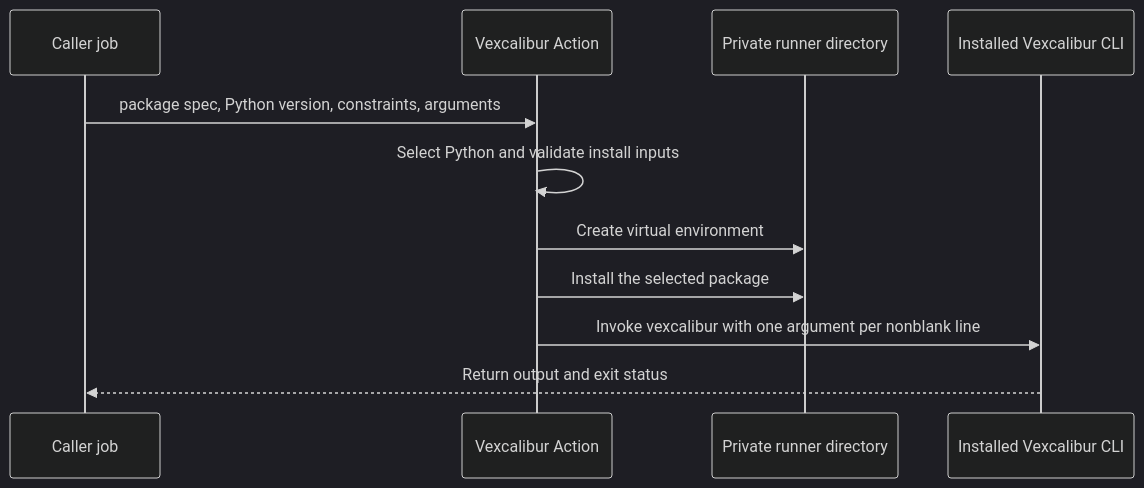
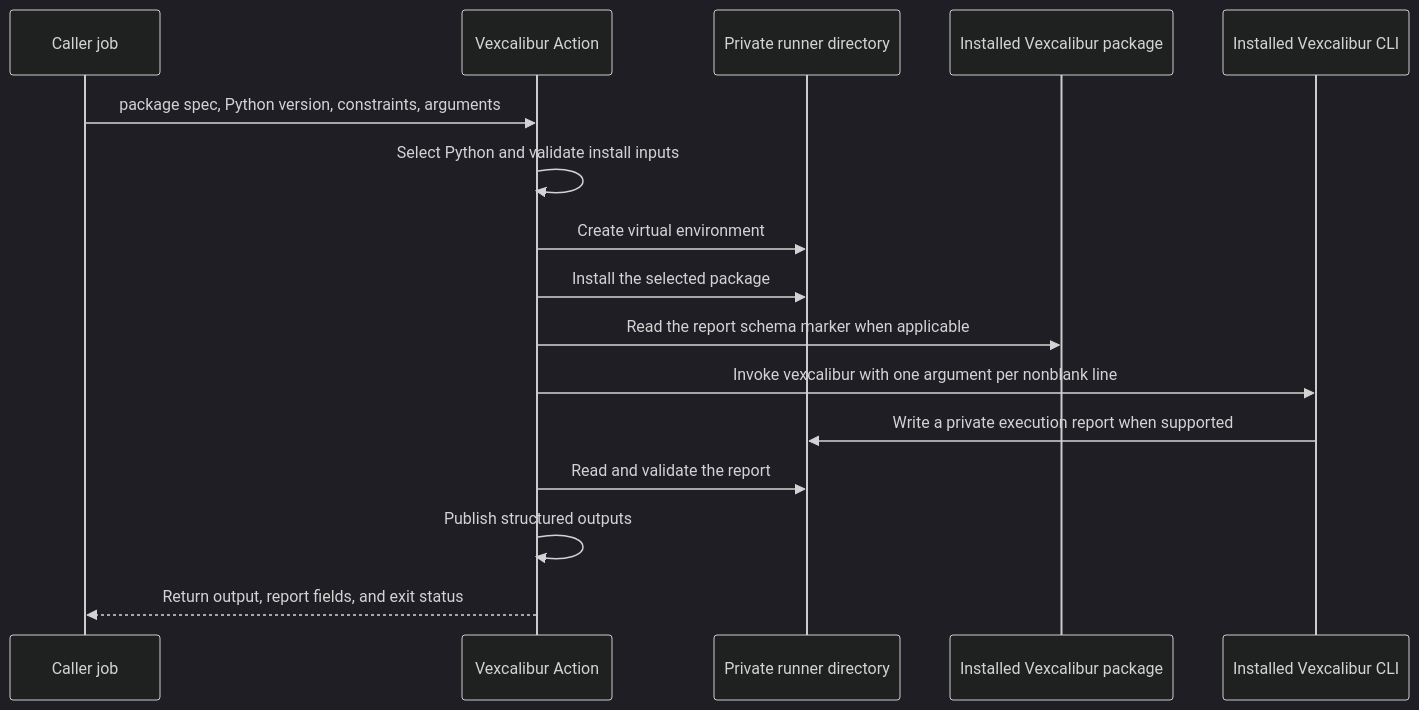
One commit to vexcalibur-dev/vexcalibur-action changed the diagram in docs/reference/action.md. Above: the diagram before and after it, drawn with Mermaid (dark theme). The commit also changed other lines of this file and 28 other files, not shown here.

Commit message:
feat: expose generation report action outputs

````diff
--- a/docs/reference/action.md
+++ b/docs/reference/action.md
@@ -125,14 +128,19 @@
 ```mermaid
 sequenceDiagram
     participant Job as Caller job
     participant Action as Vexcalibur Action
     participant Temp as Private runner directory
+    participant Package as Installed Vexcalibur package
     participant CLI as Installed Vexcalibur CLI
 
     Job->>Action: package spec, Python version, constraints, arguments
     Action->>Action: Select Python and validate install inputs
     Action->>Temp: Create virtual environment
     Action->>Temp: Install the selected package
+    Action->>Package: Read the report schema marker when applicable
     Action->>CLI: Invoke vexcalibur with one argument per nonblank line
-    CLI-->>Job: Return output and exit status
+    CLI->>Temp: Write a private execution report when supported
+    Action->>Temp: Read and validate the report
+    Action->>Action: Publish structured outputs
+    Action-->>Job: Return output, report fields, and exit status
 ```
````
